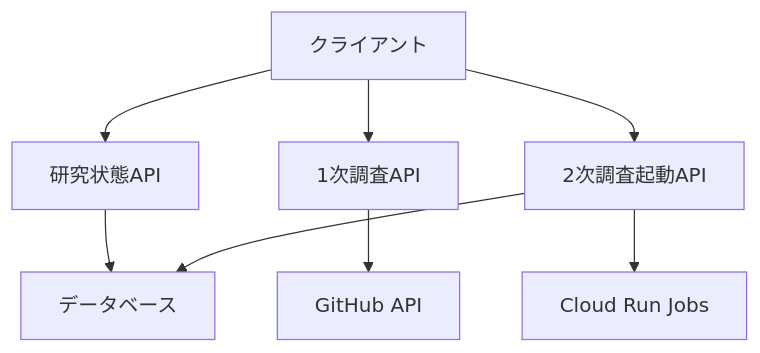
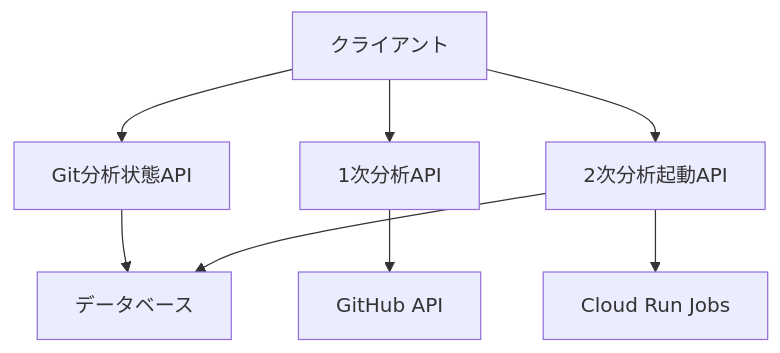
The first of 2 diagrams in docs/epic/4.api/ARCHITECTURE.md (ToyB0x/git-resume), drawn with Mermaid before and after one commit. The commit also changed other lines of this file and 4 other files, not shown here.

````diff
--- a/docs/epic/4.api/ARCHITECTURE.md
+++ b/docs/epic/4.api/ARCHITECTURE.md
@@ -28,11 +29,11 @@
 ```mermaid
 graph TD
-    A[クライアント] --> B[研究状態API]
-    A --> C[1次調査API]
-    A --> D[2次調査起動API]
+    A[クライアント] --> B[Git分析状態API]
+    A --> C[1次分析API]
+    A --> D[2次分析起動API]
     
     B --> G[データベース]
     C --> H[GitHub API]
     D --> I[Cloud Run Jobs]
     D --> G
 ```
````
